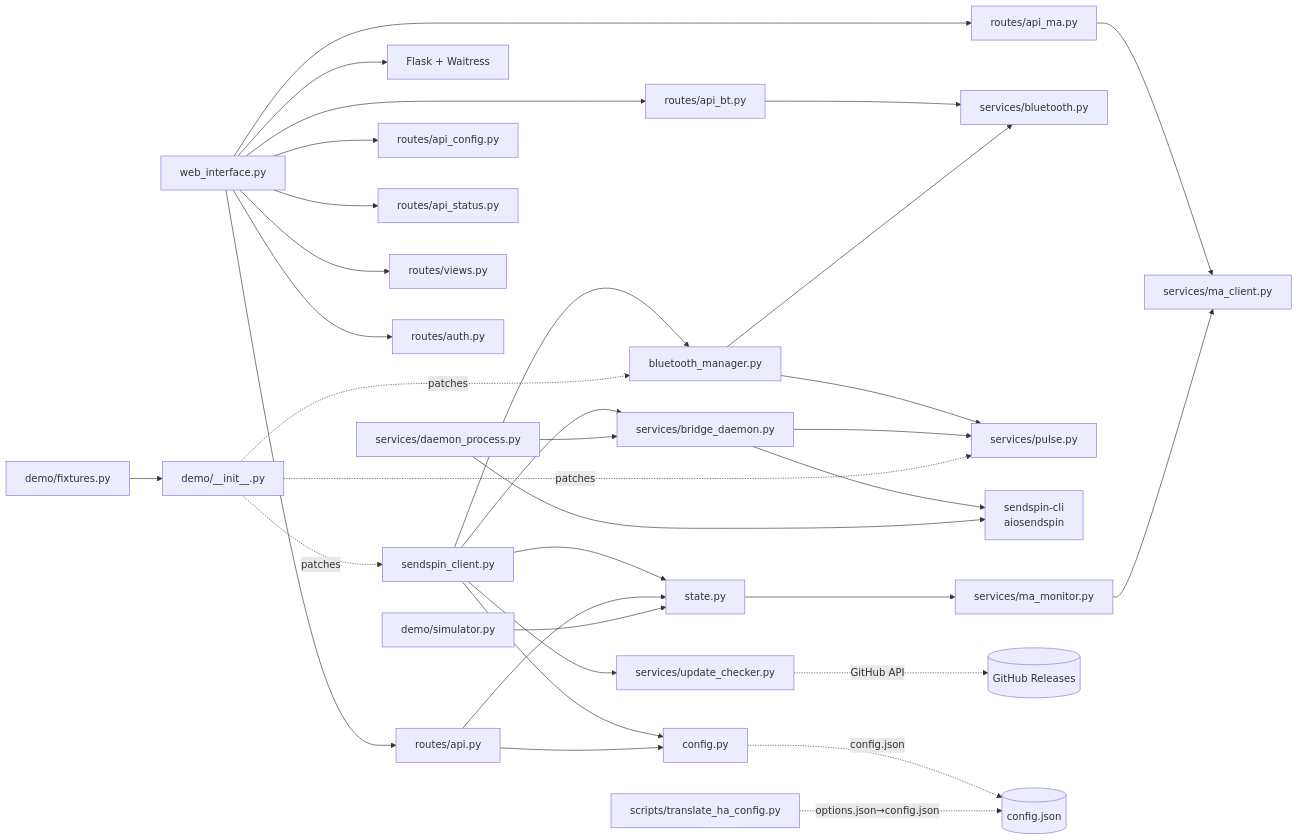
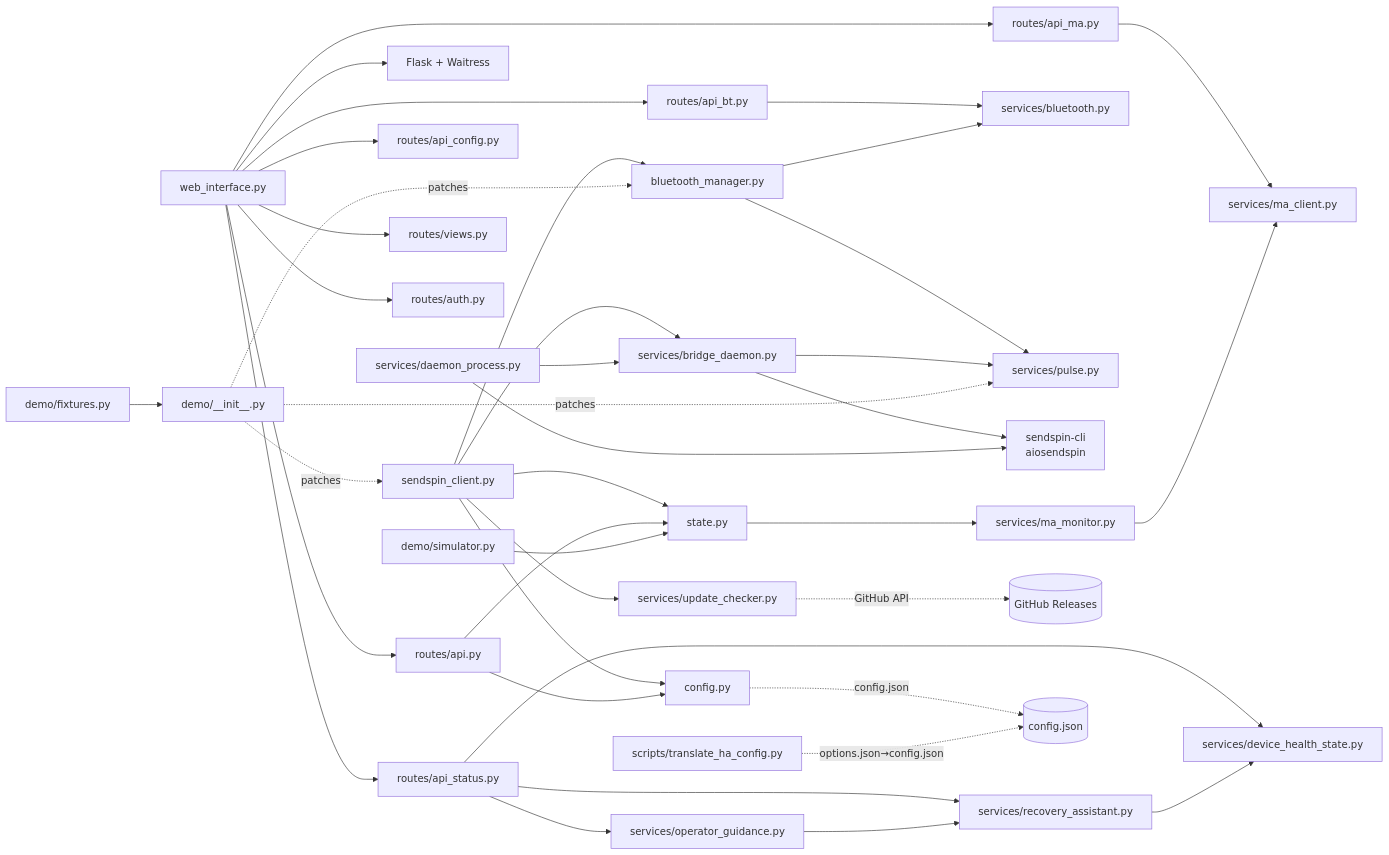
Diagram 24 of 28 in docs-site/src/content/docs/architecture.md (trudenboy/sendspin-bt-bridge), drawn with Mermaid before and after one commit. The commit also changed other lines of this file and 18 other files, not shown here.

````diff
--- a/docs-site/src/content/docs/architecture.md
+++ b/docs-site/src/content/docs/architecture.md
@@ -939,45 +1112,51 @@
 ```mermaid
 graph LR
     SC[sendspin_client.py] --> BM[bluetooth_manager.py]
     SC --> ST[state.py]
     SC --> CFG[config.py]
     SC --> SVC_BD[services/bridge_daemon.py]
 
     WI[web_interface.py] --> FLASK[Flask + Waitress]
     WI --> R_API[routes/api.py]
     WI --> R_BT[routes/api_bt.py]
     WI --> R_MA[routes/api_ma.py]
     WI --> R_CFG[routes/api_config.py]
     WI --> R_STS[routes/api_status.py]
     WI --> R_VIEW[routes/views.py]
     WI --> R_AUTH[routes/auth.py]
 
     R_API --> ST
     R_API --> CFG
     R_MA --> SVC_MAC[services/ma_client.py]
     R_BT --> SVC_BT[services/bluetooth.py]
 
     BM --> SVC_PA[services/pulse.py]
     BM --> SVC_BT
 
     SVC_BD --> SVC_PA
     SVC_BD --> SENDSPIN[sendspin-cli<br/>aiosendspin]
 
     DP[services/daemon_process.py] --> SVC_BD
     DP --> SENDSPIN
 
     ST --> MM[services/ma_monitor.py]
     MM --> SVC_MAC
 
     SC --> UC[services/update_checker.py]
     UC -.->|GitHub API| GH[(GitHub Releases)]
 
+    R_STS --> SVC_DHS[services/device_health_state.py]
+    R_STS --> SVC_RA[services/recovery_assistant.py]
+    R_STS --> SVC_OG[services/operator_guidance.py]
+    SVC_OG --> SVC_RA
+    SVC_RA --> SVC_DHS
+
     DEMO[demo/__init__.py] -.->|patches| SC
     DEMO -.->|patches| BM
     DEMO -.->|patches| SVC_PA
     DEMO_SIM[demo/simulator.py] --> ST
     DEMO_FIX[demo/fixtures.py] --> DEMO
 
     CFG -.->|config.json| JSON[(config.json)]
     HA_SCRIPT[scripts/translate_ha_config.py] -.->|options.json→config.json| JSON
 ```
````
